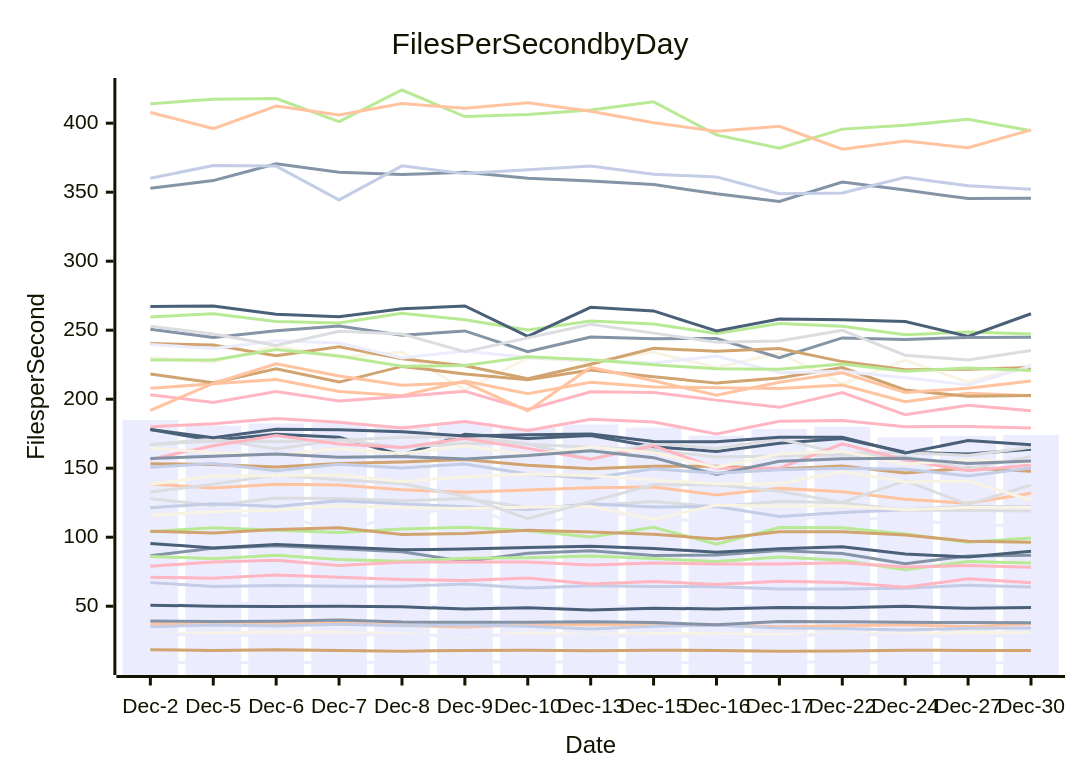
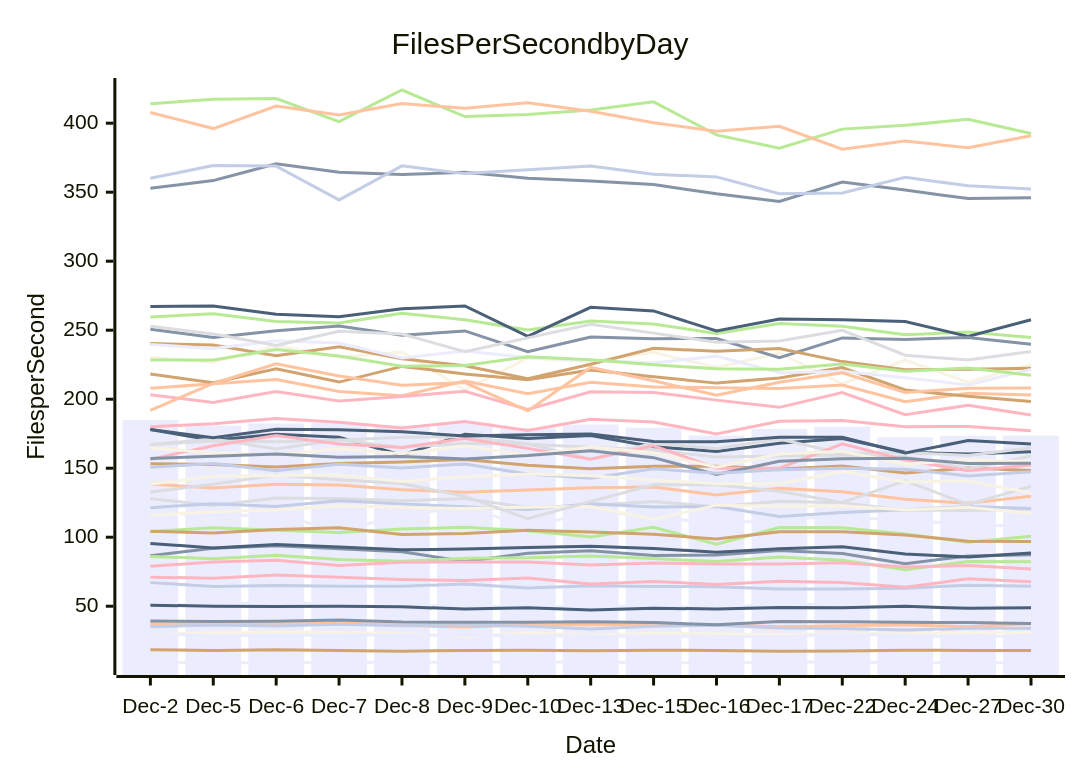
The diagram in perf-report.md (streetsidesoftware/cspell), drawn with Mermaid before and after one commit. The commit also changed other lines of this file and 1 other file, not shown here.

````diff
--- a/perf-report.md
+++ b/perf-report.md
@@ -10,57 +10,57 @@
 ```mermaid
 xychart-beta
     title Files Per Second by Day
     y-axis Files per Second
     x-axis Date [Dec-2, Dec-5, Dec-6, Dec-7, Dec-8, Dec-9, Dec-10, Dec-13, Dec-15, Dec-16, Dec-17, Dec-22, Dec-24, Dec-27, Dec-30]
-    bar [184.99, 180.86, 182.42, 182.83, 180.95, 182.95, 179.19, 181.65, 179.36, 173.64, 178.43, 180.09, 172.48, 173.54, 174.06]
-    line [86.62, 91.97, 93.82, 91.60, 89.44, 82.46, 88.30, 90.18, 86.83, 87.07, 90.37, 88.26, 80.81, 86.47, 86.91]
-    line [138.47, 135.71, 138.36, 137.92, 134.36, 132.66, 134.27, 135.78, 136.38, 130.55, 135.39, 132.89, 127.54, 124.61, 131.88]
-    line [127.96, 123.07, 128.36, 127.97, 126.37, 128.11, 121.50, 122.96, 125.85, 122.14, 126.07, 124.95, 119.60, 119.43, 118.95]
-    line [414.13, 417.32, 417.87, 401.19, 424.05, 404.78, 406.35, 409.54, 415.50, 391.53, 381.89, 395.71, 398.52, 402.79, 394.59]
-    line [153.23, 152.74, 150.88, 153.33, 154.58, 156.25, 152.15, 149.54, 151.43, 151.38, 149.35, 151.56, 146.50, 150.10, 147.77]
-    line [67.10, 64.34, 65.01, 64.46, 64.51, 66.15, 63.18, 64.91, 64.35, 64.10, 62.51, 62.39, 63.01, 65.26, 63.84]
-    line [180.13, 182.27, 185.97, 183.39, 179.18, 183.86, 177.29, 185.44, 183.45, 174.84, 184.02, 184.52, 180.06, 180.25, 179.18]
-    line [178.00, 170.24, 174.62, 172.41, 159.51, 174.62, 171.51, 173.65, 165.49, 162.20, 168.07, 171.52, 161.55, 160.38, 163.70]
-    line [230.37, 226.75, 238.77, 230.39, 234.25, 206.87, 229.87, 227.19, 234.07, 222.96, 233.49, 211.10, 228.39, 212.27, 224.98]
-    line [118.51, 115.50, 115.87, 105.20, 115.20, 122.48, 107.06, 118.54, 115.18, 109.59, 113.00, 115.03, 111.88, 109.68, 107.44]
-    line [352.91, 358.41, 370.56, 364.48, 362.78, 364.44, 360.18, 358.05, 355.49, 348.84, 343.31, 357.38, 351.53, 345.39, 345.57]
-    line [207.87, 211.25, 214.29, 205.55, 202.50, 213.14, 203.97, 212.22, 208.88, 208.37, 207.77, 210.28, 198.12, 204.40, 202.53]
-    line [167.24, 171.12, 163.98, 170.66, 165.03, 168.12, 167.40, 165.15, 163.12, 158.04, 158.90, 159.56, 158.26, 149.38, 158.45]
-    line [259.59, 261.91, 256.38, 255.24, 262.31, 257.60, 250.13, 256.58, 254.55, 247.67, 254.88, 252.93, 246.70, 248.73, 247.21]
-    line [218.24, 211.89, 221.99, 212.41, 223.76, 218.34, 214.11, 221.23, 216.34, 211.66, 215.40, 222.98, 206.68, 202.06, 202.70]
-    line [121.44, 124.27, 122.27, 126.51, 124.16, 122.14, 120.17, 124.20, 121.82, 122.30, 114.99, 117.98, 119.98, 122.26, 121.82]
-    line [203.16, 197.69, 205.56, 198.75, 201.98, 205.78, 192.58, 205.45, 204.82, 199.34, 194.10, 204.78, 188.75, 195.62, 191.56]
-    line [267.12, 267.54, 261.60, 259.75, 265.50, 267.60, 245.47, 266.55, 263.96, 249.42, 258.13, 257.62, 256.30, 245.45, 261.91]
-    line [115.88, 118.39, 119.81, 122.77, 121.45, 120.76, 121.79, 122.20, 112.97, 123.23, 122.39, 122.57, 119.82, 121.66, 121.53]
-    line [51.36, 50.85, 53.51, 50.97, 49.51, 50.73, 49.15, 49.54, 50.29, 48.39, 51.90, 50.84, 48.41, 49.94, 50.04]
-    line [250.75, 244.77, 249.57, 253.00, 246.33, 249.46, 234.43, 245.12, 243.88, 243.97, 230.01, 244.43, 243.32, 244.74, 244.94]
-    line [407.78, 396.11, 412.42, 405.98, 414.20, 410.80, 414.80, 408.65, 400.36, 394.11, 397.72, 381.16, 387.10, 382.18, 395.16]
-    line [167.09, 169.78, 169.21, 170.29, 172.44, 172.82, 167.78, 156.48, 168.20, 164.35, 171.17, 160.66, 161.47, 159.18, 165.26]
-    line [104.02, 106.94, 104.99, 103.46, 105.91, 107.21, 104.66, 100.11, 107.13, 94.87, 107.05, 106.83, 102.33, 96.35, 99.39]
-    line [240.36, 239.27, 231.52, 238.08, 229.24, 224.19, 214.79, 225.36, 236.86, 234.70, 236.77, 227.25, 221.39, 221.64, 222.89]
-    line [360.08, 369.35, 368.90, 344.39, 369.08, 363.46, 366.29, 369.00, 363.03, 361.09, 348.96, 349.43, 360.81, 354.60, 352.05]
-    line [156.42, 166.33, 173.70, 167.47, 165.08, 171.54, 164.38, 156.51, 166.27, 150.03, 149.99, 167.61, 155.99, 148.15, 152.29]
-    line [178.10, 172.07, 178.26, 177.85, 176.41, 173.41, 174.24, 174.74, 169.36, 169.15, 172.44, 172.46, 160.97, 170.04, 166.93]
-    line [164.60, 161.29, 159.50, 164.08, 160.40, 166.00, 159.37, 165.42, 161.29, 150.68, 160.30, 162.32, 152.82, 156.10, 153.99]
-    line [9.38, 8.86, 9.19, 9.24, 9.33, 9.47, 9.61, 9.47, 9.27, 8.94, 9.45, 9.78, 8.90, 9.07, 9.05]
-    line [157.03, 158.70, 160.32, 157.97, 158.53, 156.72, 159.18, 162.67, 157.64, 145.39, 155.01, 156.77, 157.19, 153.46, 155.18]
-    line [37.28, 36.55, 36.94, 38.11, 36.16, 34.90, 36.59, 36.61, 36.51, 36.62, 35.07, 35.79, 36.55, 35.09, 37.33]
-    line [132.83, 138.36, 145.16, 141.72, 138.92, 129.58, 113.42, 125.88, 138.00, 137.98, 133.31, 125.20, 140.89, 123.76, 137.85]
-    line [86.10, 84.45, 86.85, 83.80, 82.54, 84.79, 85.17, 86.33, 84.51, 82.32, 85.67, 83.25, 76.44, 82.43, 81.37]
-    line [18.48, 17.91, 18.52, 17.91, 17.46, 17.89, 18.13, 17.78, 18.13, 17.93, 17.37, 17.53, 18.08, 17.97, 17.97]
-    line [35.10, 36.40, 35.75, 36.91, 35.78, 36.33, 35.41, 33.56, 35.56, 36.21, 34.19, 33.89, 32.69, 33.95, 34.19]
-    line [78.88, 82.13, 83.39, 79.45, 81.95, 82.06, 81.96, 79.96, 81.37, 80.53, 80.51, 81.49, 78.49, 79.44, 78.15]
-    line [95.50, 92.21, 94.67, 92.84, 90.85, 91.43, 92.60, 93.37, 91.85, 89.18, 91.59, 93.06, 87.76, 85.72, 89.78]
-    line [29.90, 30.63, 31.36, 30.89, 30.17, 27.90, 30.55, 29.22, 30.21, 30.10, 29.27, 30.24, 30.04, 30.99, 30.81]
-    line [239.72, 236.67, 242.41, 240.69, 229.87, 234.86, 230.17, 228.31, 226.27, 231.21, 219.13, 220.31, 215.56, 210.39, 224.08]
-    line [39.21, 38.95, 39.16, 39.98, 38.54, 38.36, 38.36, 38.81, 38.12, 36.63, 38.97, 38.70, 38.32, 38.26, 38.03]
-    line [191.91, 211.40, 225.62, 216.82, 210.15, 212.06, 191.55, 223.01, 213.39, 202.82, 212.32, 219.19, 204.86, 207.97, 213.20]
-    line [252.89, 247.30, 238.91, 249.28, 247.23, 234.36, 244.44, 254.37, 247.88, 241.35, 242.19, 249.98, 231.90, 228.38, 235.30]
-    line [228.40, 228.42, 235.98, 231.28, 223.81, 224.38, 230.73, 228.56, 225.00, 222.02, 221.71, 225.51, 220.33, 222.69, 220.82]
-    line [104.37, 103.06, 105.64, 106.80, 101.95, 102.69, 105.10, 103.83, 102.19, 98.64, 104.01, 104.04, 101.53, 97.16, 96.27]
-    line [150.61, 153.46, 148.08, 152.95, 150.14, 153.13, 145.78, 142.78, 149.53, 146.32, 148.93, 149.89, 149.32, 144.39, 150.11]
-    line [71.07, 70.27, 72.65, 71.06, 69.32, 68.69, 70.43, 66.11, 67.91, 65.71, 68.06, 67.11, 63.78, 69.83, 66.95]
-    line [50.75, 50.03, 49.80, 49.98, 49.59, 47.97, 48.84, 47.30, 48.59, 47.94, 49.07, 48.96, 49.98, 48.46, 49.12]
-    line [138.40, 144.20, 144.71, 145.14, 140.38, 143.82, 145.78, 144.45, 141.51, 138.80, 138.75, 147.65, 140.01, 140.67, 126.99]
-    line [30.07, 28.83, 29.04, 29.09, 29.10, 28.75, 28.65, 28.35, 28.26, 28.09, 27.81, 29.86, 28.77, 27.94, 29.08]
+    bar [184.99, 180.86, 182.42, 182.83, 180.95, 182.95, 179.19, 181.65, 179.36, 173.64, 178.43, 180.09, 172.48, 173.54, 173.63]
+    line [86.62, 91.97, 93.82, 91.60, 89.44, 82.46, 88.30, 90.18, 86.83, 87.07, 90.37, 88.26, 80.81, 86.47, 87.23]
+    line [138.47, 135.71, 138.36, 137.92, 134.36, 132.66, 134.27, 135.78, 136.38, 130.55, 135.39, 132.89, 127.54, 124.61, 129.68]
+    line [127.96, 123.07, 128.36, 127.97, 126.37, 128.11, 121.50, 122.96, 125.85, 122.14, 126.07, 124.95, 119.60, 119.43, 120.40]
+    line [414.13, 417.32, 417.87, 401.19, 424.05, 404.78, 406.35, 409.54, 415.50, 391.53, 381.89, 395.71, 398.52, 402.79, 392.57]
+    line [153.23, 152.74, 150.88, 153.33, 154.58, 156.25, 152.15, 149.54, 151.43, 151.38, 149.35, 151.56, 146.50, 150.10, 148.27]
+    line [67.10, 64.34, 65.01, 64.46, 64.51, 66.15, 63.18, 64.91, 64.35, 64.10, 62.51, 62.39, 63.01, 65.26, 64.44]
+    line [180.13, 182.27, 185.97, 183.39, 179.18, 183.86, 177.29, 185.44, 183.45, 174.84, 184.02, 184.52, 180.06, 180.25, 177.06]
+    line [178.00, 170.24, 174.62, 172.41, 159.51, 174.62, 171.51, 173.65, 165.49, 162.20, 168.07, 171.52, 161.55, 160.38, 161.97]
+    line [230.37, 226.75, 238.77, 230.39, 234.25, 206.87, 229.87, 227.19, 234.07, 222.96, 233.49, 211.10, 228.39, 212.27, 225.18]
+    line [118.51, 115.50, 115.87, 105.20, 115.20, 122.48, 107.06, 118.54, 115.18, 109.59, 113.00, 115.03, 111.88, 109.68, 107.18]
+    line [352.91, 358.41, 370.56, 364.48, 362.78, 364.44, 360.18, 358.05, 355.49, 348.84, 343.31, 357.38, 351.53, 345.39, 346.02]
+    line [207.87, 211.25, 214.29, 205.55, 202.50, 213.14, 203.97, 212.22, 208.88, 208.37, 207.77, 210.28, 198.12, 204.40, 203.08]
+    line [167.24, 171.12, 163.98, 170.66, 165.03, 168.12, 167.40, 165.15, 163.12, 158.04, 158.90, 159.56, 158.26, 149.38, 158.83]
+    line [259.59, 261.91, 256.38, 255.24, 262.31, 257.60, 250.13, 256.58, 254.55, 247.67, 254.88, 252.93, 246.70, 248.73, 244.67]
+    line [218.24, 211.89, 221.99, 212.41, 223.76, 218.34, 214.11, 221.23, 216.34, 211.66, 215.40, 222.98, 206.68, 202.06, 198.30]
+    line [121.44, 124.27, 122.27, 126.51, 124.16, 122.14, 120.17, 124.20, 121.82, 122.30, 114.99, 117.98, 119.98, 122.26, 120.84]
+    line [203.16, 197.69, 205.56, 198.75, 201.98, 205.78, 192.58, 205.45, 204.82, 199.34, 194.10, 204.78, 188.75, 195.62, 188.49]
+    line [267.12, 267.54, 261.60, 259.75, 265.50, 267.60, 245.47, 266.55, 263.96, 249.42, 258.13, 257.62, 256.30, 245.45, 257.58]
+    line [115.88, 118.39, 119.81, 122.77, 121.45, 120.76, 121.79, 122.20, 112.97, 123.23, 122.39, 122.57, 119.82, 121.66, 117.29]
+    line [51.36, 50.85, 53.51, 50.97, 49.51, 50.73, 49.15, 49.54, 50.29, 48.39, 51.90, 50.84, 48.41, 49.94, 49.24]
+    line [250.75, 244.77, 249.57, 253.00, 246.33, 249.46, 234.43, 245.12, 243.88, 243.97, 230.01, 244.43, 243.32, 244.74, 239.81]
+    line [407.78, 396.11, 412.42, 405.98, 414.20, 410.80, 414.80, 408.65, 400.36, 394.11, 397.72, 381.16, 387.10, 382.18, 390.86]
+    line [167.09, 169.78, 169.21, 170.29, 172.44, 172.82, 167.78, 156.48, 168.20, 164.35, 171.17, 160.66, 161.47, 159.18, 164.82]
+    line [104.02, 106.94, 104.99, 103.46, 105.91, 107.21, 104.66, 100.11, 107.13, 94.87, 107.05, 106.83, 102.33, 96.35, 100.63]
+    line [240.36, 239.27, 231.52, 238.08, 229.24, 224.19, 214.79, 225.36, 236.86, 234.70, 236.77, 227.25, 221.39, 221.64, 222.46]
+    line [360.08, 369.35, 368.90, 344.39, 369.08, 363.46, 366.29, 369.00, 363.03, 361.09, 348.96, 349.43, 360.81, 354.60, 352.24]
+    line [156.42, 166.33, 173.70, 167.47, 165.08, 171.54, 164.38, 156.51, 166.27, 150.03, 149.99, 167.61, 155.99, 148.15, 152.31]
+    line [178.10, 172.07, 178.26, 177.85, 176.41, 173.41, 174.24, 174.74, 169.36, 169.15, 172.44, 172.46, 160.97, 170.04, 167.63]
+    line [164.60, 161.29, 159.50, 164.08, 160.40, 166.00, 159.37, 165.42, 161.29, 150.68, 160.30, 162.32, 152.82, 156.10, 154.65]
+    line [9.38, 8.86, 9.19, 9.24, 9.33, 9.47, 9.61, 9.47, 9.27, 8.94, 9.45, 9.78, 8.90, 9.07, 9.09]
+    line [157.03, 158.70, 160.32, 157.97, 158.53, 156.72, 159.18, 162.67, 157.64, 145.39, 155.01, 156.77, 157.19, 153.46, 153.55]
+    line [37.28, 36.55, 36.94, 38.11, 36.16, 34.90, 36.59, 36.61, 36.51, 36.62, 35.07, 35.79, 36.55, 35.09, 37.36]
+    line [132.83, 138.36, 145.16, 141.72, 138.92, 129.58, 113.42, 125.88, 138.00, 137.98, 133.31, 125.20, 140.89, 123.76, 136.85]
+    line [86.10, 84.45, 86.85, 83.80, 82.54, 84.79, 85.17, 86.33, 84.51, 82.32, 85.67, 83.25, 76.44, 82.43, 82.14]
+    line [18.48, 17.91, 18.52, 17.91, 17.46, 17.89, 18.13, 17.78, 18.13, 17.93, 17.37, 17.53, 18.08, 17.97, 17.89]
+    line [35.10, 36.40, 35.75, 36.91, 35.78, 36.33, 35.41, 33.56, 35.56, 36.21, 34.19, 33.89, 32.69, 33.95, 34.04]
+    line [78.88, 82.13, 83.39, 79.45, 81.95, 82.06, 81.96, 79.96, 81.37, 80.53, 80.51, 81.49, 78.49, 79.44, 76.94]
+    line [95.50, 92.21, 94.67, 92.84, 90.85, 91.43, 92.60, 93.37, 91.85, 89.18, 91.59, 93.06, 87.76, 85.72, 88.65]
+    line [29.90, 30.63, 31.36, 30.89, 30.17, 27.90, 30.55, 29.22, 30.21, 30.10, 29.27, 30.24, 30.04, 30.99, 30.87]
+    line [239.72, 236.67, 242.41, 240.69, 229.87, 234.86, 230.17, 228.31, 226.27, 231.21, 219.13, 220.31, 215.56, 210.39, 221.64]
+    line [39.21, 38.95, 39.16, 39.98, 38.54, 38.36, 38.36, 38.81, 38.12, 36.63, 38.97, 38.70, 38.32, 38.26, 37.49]
+    line [191.91, 211.40, 225.62, 216.82, 210.15, 212.06, 191.55, 223.01, 213.39, 202.82, 212.32, 219.19, 204.86, 207.97, 208.18]
+    line [252.89, 247.30, 238.91, 249.28, 247.23, 234.36, 244.44, 254.37, 247.88, 241.35, 242.19, 249.98, 231.90, 228.38, 234.63]
+    line [228.40, 228.42, 235.98, 231.28, 223.81, 224.38, 230.73, 228.56, 225.00, 222.02, 221.71, 225.51, 220.33, 222.69, 217.42]
+    line [104.37, 103.06, 105.64, 106.80, 101.95, 102.69, 105.10, 103.83, 102.19, 98.64, 104.01, 104.04, 101.53, 97.16, 96.92]
+    line [150.61, 153.46, 148.08, 152.95, 150.14, 153.13, 145.78, 142.78, 149.53, 146.32, 148.93, 149.89, 149.32, 144.39, 147.36]
+    line [71.07, 70.27, 72.65, 71.06, 69.32, 68.69, 70.43, 66.11, 67.91, 65.71, 68.06, 67.11, 63.78, 69.83, 67.65]
+    line [50.75, 50.03, 49.80, 49.98, 49.59, 47.97, 48.84, 47.30, 48.59, 47.94, 49.07, 48.96, 49.98, 48.46, 48.89]
+    line [138.40, 144.20, 144.71, 145.14, 140.38, 143.82, 145.78, 144.45, 141.51, 138.80, 138.75, 147.65, 140.01, 140.67, 132.12]
+    line [30.07, 28.83, 29.04, 29.09, 29.10, 28.75, 28.65, 28.35, 28.26, 28.09, 27.81, 29.86, 28.77, 27.94, 28.62]
 ```
````
